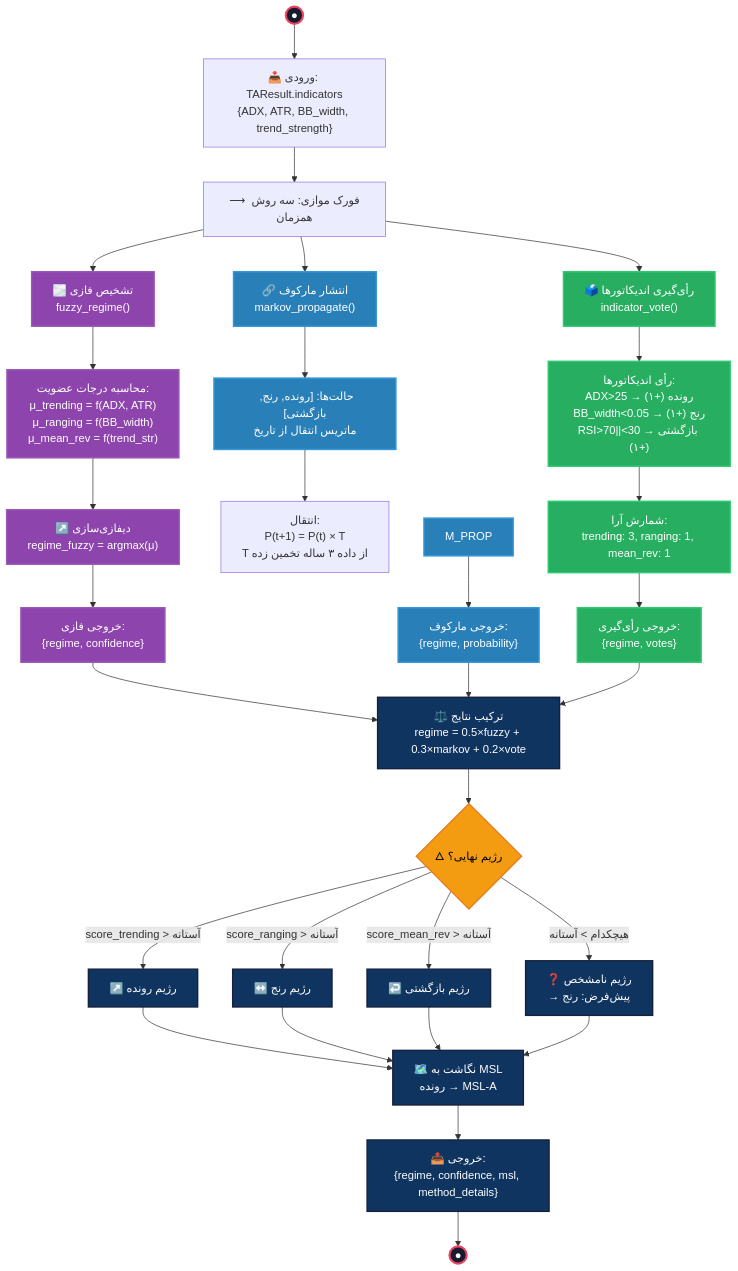
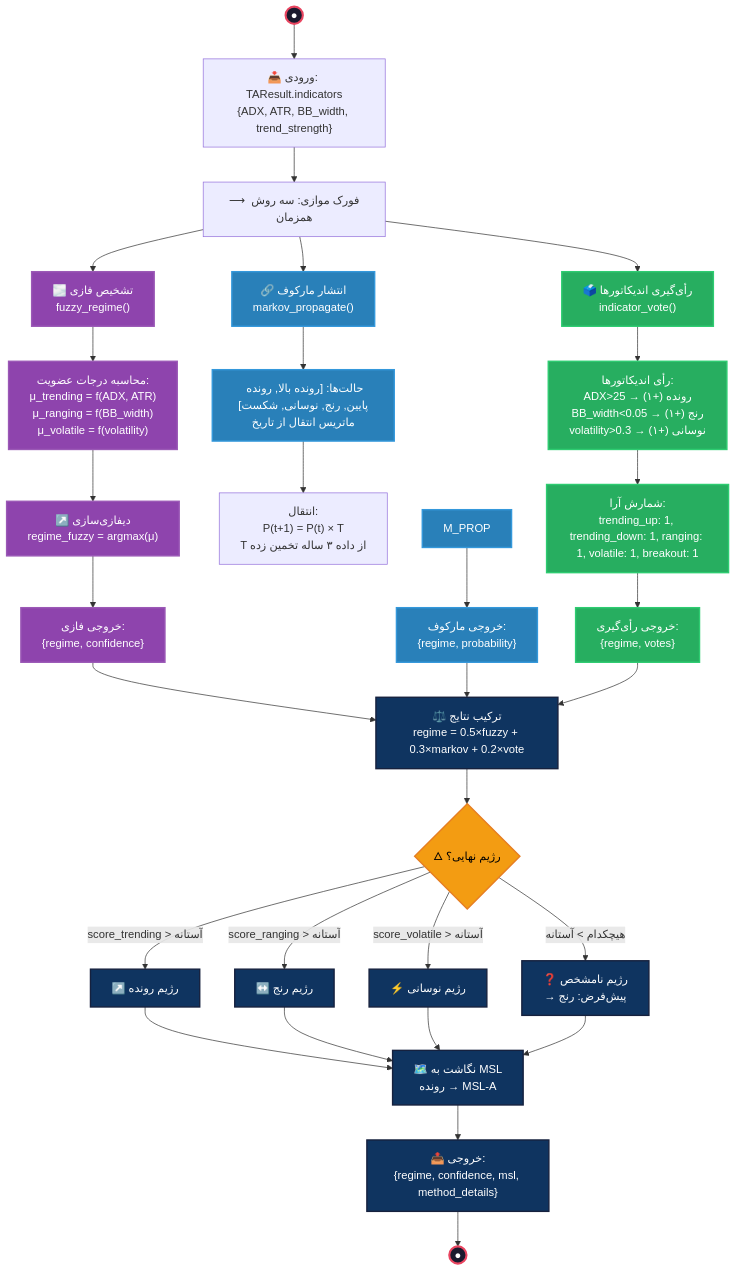
Diagram 19 of 56 in DIAGRAM_DOCS.md (Shakour-Data/TechnicalAI), drawn with Mermaid before and after one commit. The commit also changed other lines of this file and 23 other files, not shown here.

Commit message:
Update API services, decision graph, and TSE/Yahoo integrations

````diff
--- a/DIAGRAM_DOCS.md
+++ b/DIAGRAM_DOCS.md
@@ -1041,52 +1041,52 @@
 ```mermaid
 flowchart TB
     START_R((●)) --> IN_R["📥 ورودی: TAResult.indicators\n{ADX, ATR, BB_width, trend_strength}"]
     IN_R --> PARALLEL["⟶ فورک موازی: سه روش همزمان"]
 
     PARALLEL --> FUZZY["🌫️ تشخیص فازی\nfuzzy_regime()"]
     PARALLEL --> MARKOV["🔗 انتشار مارکوف\nmarkov_propagate()"]
     PARALLEL --> VOTE["🗳️ رأی‌گیری اندیکاتورها\nindicator_vote()"]
 
-    FUZZY --> F_CALC["محاسبه درجات عضویت:\nμ_trending = f(ADX, ATR)\nμ_ranging = f(BB_width)\nμ_mean_rev = f(trend_str)"]
+    FUZZY --> F_CALC["محاسبه درجات عضویت:\nμ_trending = f(ADX, ATR)\nμ_ranging = f(BB_width)\nμ_volatile = f(volatility)"]
     F_CALC --> F_DEFUZZ["↗️ دیفازی‌سازی\nregime_fuzzy = argmax(μ)"]
     F_DEFUZZ --> F_OUT["خروجی فازی:\n{regime, confidence}"]
 
-    MARKOV --> M_STATES["حالت‌ها: [رونده, رنج, بازگشتی]\nماتریس انتقال از تاریخ"]
+    MARKOV --> M_STATES["حالت‌ها: [رونده بالا, رونده پایین, رنج, نوسانی, شکست]\nماتریس انتقال از تاریخ"]
     M_STATES --> M,PROP["انتقال:\nP(t+1) = P(t) × T\nT از داده ۳ ساله تخمین زده"]
     M_PROP --> M_OUT["خروجی مارکوف:\n{regime, probability}"]
 
-    VOTE --> V_IND["رأی اندیکاتورها:\nADX>25 → رونده (+۱)\nBB_width<0.05 → رنج (+۱)\nRSI>70||<30 → بازگشتی (+۱)"]
-    V_IND --> V_COUNT["شمارش آرا:\ntrending: 3, ranging: 1, mean_rev: 1"]
+    VOTE --> V_IND["رأی اندیکاتورها:\nADX>25 → رونده (+۱)\nBB_width<0.05 → رنج (+۱)\nvolatility>0.3 → نوسانی (+۱)"]
+    V_IND --> V_COUNT["شمارش آرا:\ntrending_up: 1, trending_down: 1, ranging: 1, volatile: 1, breakout: 1"]
     V_COUNT --> V_OUT["خروجی رأی‌گیری:\n{regime, votes}"]
 
     F_OUT --> COMBINE["⚖️ ترکیب نتایج\nregime = 0.5×fuzzy + 0.3×markov + 0.2×vote"]
     M_OUT --> COMBINE
     V_OUT --> COMBINE
 
     COMBINE --> C_GW{"🜂 رژیم نهایی؟"}
     C_GW -->|score_trending > آستانه| FINAL_T["↗️ رژیم رونده"]
     C_GW -->|score_ranging > آستانه| FINAL_R["↔️ رژیم رنج"]
-    C_GW -->|score_mean_rev > آستانه| FINAL_M["↩️ رژیم بازگشتی"]
+    C_GW -->|score_volatile > آستانه| FINAL_V["⚡ رژیم نوسانی"]
     C_GW -->|هیچکدام > آستانه| FINAL_U["❓ رژیم نامشخص\n→ پیش‌فرض: رنج"]
 
     FINAL_T --> MAP_MSL["🗺️ نگاشت به MSL\nرونده → MSL-A"]
     FINAL_R --> MAP_MSL
-    FINAL_M --> MAP_MSL
+    FINAL_V --> MAP_MSL
     FINAL_U --> MAP_MSL
 
     MAP_MSL --> OUT_R["📤 خروجی:\n{regime, confidence, msl, method_details}"]
     OUT_R --> END_R((●))
 
     classDef startEnd fill:#1a1a2e,stroke:#e94560,stroke-width:3px,color:#fff
     classDef gateway fill:#f39c12,stroke:#e67e22,stroke-width:2px,color:#000
     classDef fuzzy fill:#8e44ad,stroke:#9b59b6,stroke-width:2px,color:#fff
     classDef markov fill:#2980b9,stroke:#3498db,stroke-width:2px,color:#fff
     classDef voting fill:#27ae60,stroke:#2ecc71,stroke-width:2px,color:#fff
     classDef combine fill:#0f3460,stroke:#16213e,stroke-width:2px,color:#fff
     class START_R,END_R startEnd
     class C_GW gateway
     class FUZZY,F_CALC,F_DEFUZZ,F_OUT fuzzy
     class MARKOV,M_STATES,M_PROP,M_OUT markov
     class VOTE,V_IND,V_COUNT,V_OUT voting
-    class COMBINE,MAP_MSL,OUT_R,FINAL_T,FINAL_R,FINAL_M,FINAL_U combine
+    class COMBINE,MAP_MSL,OUT_R,FINAL_T,FINAL_R,FINAL_V,FINAL_U combine
 ```
````
